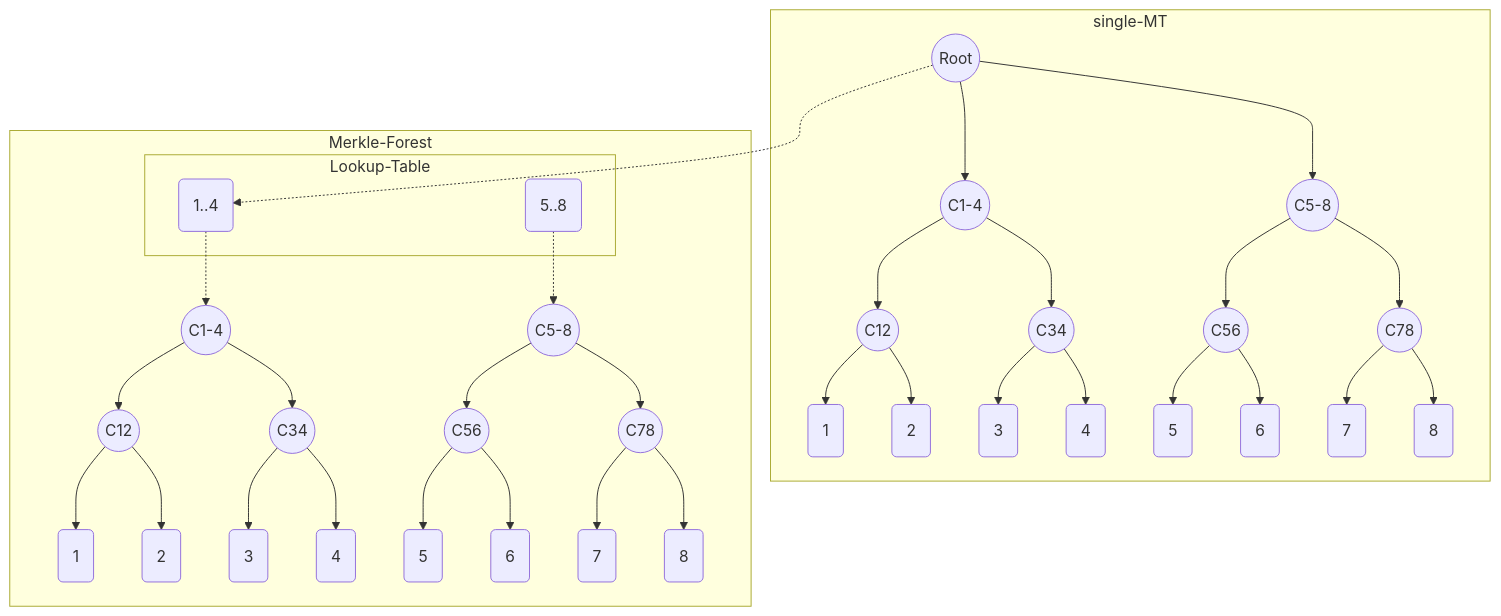
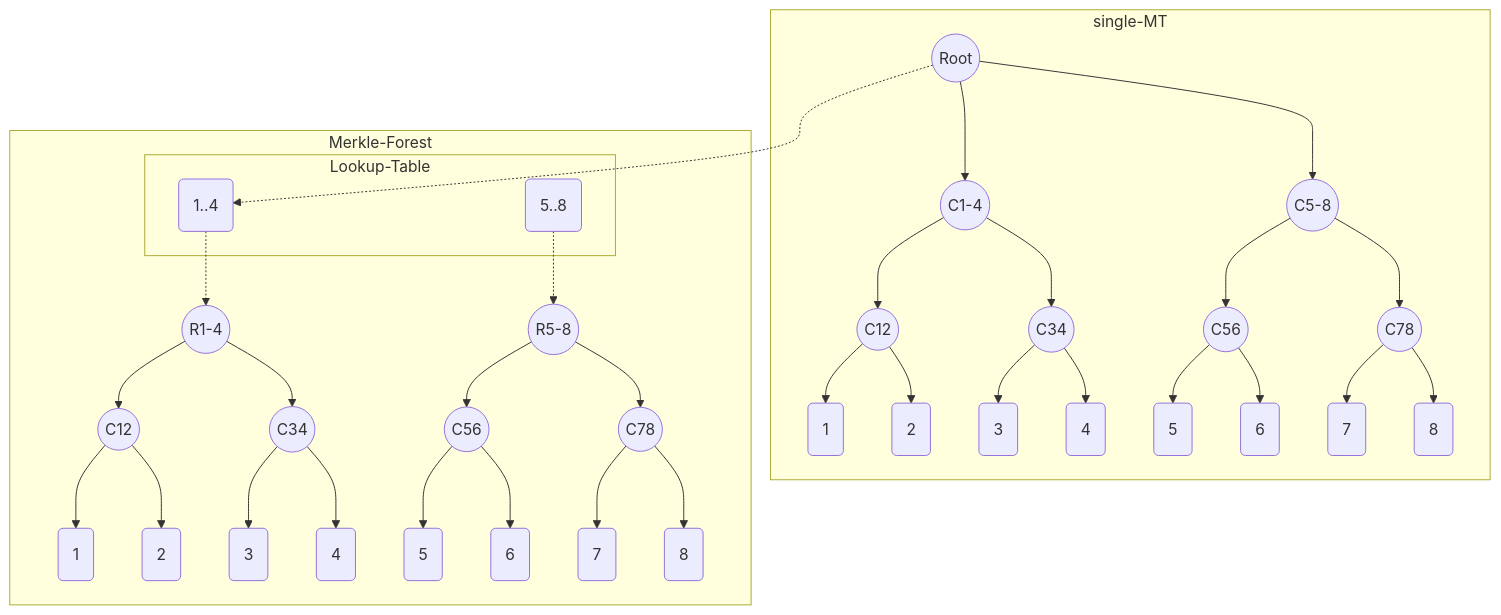
The diagram in README.md (Poseidon-ZKP/merkle-forest), drawn with Mermaid before and after one commit.

Commit message:
root for small mt

````diff
--- a/README.md
+++ b/README.md
@@ -29,30 +29,30 @@
 ```mermaid
     graph TD;
         subgraph single-MT
             R((Root))-->C1234 & C5678;
             C1234((C1-4)) --> C12((C12)) & C34((C34));
             C5678((C5-8)) --> C56((C56)) & C78((C78));
             C12-->L1(1) & L2(2)
             C34-->L3(3) & L4(4)
             C56-->L5(5) & L6(6)
             C78-->L7(7) & L8(8)
         end
 
         subgraph Merkle-Forest
             subgraph Lookup-Table
                 LT1(1..4)
                 LT5(5..8)
             end
             LT1 -.-> FC1234;
             LT5 -.-> FC5678;
-            FC1234((C1-4)) --> FC12((C12)) & FC34((C34));
-            FC5678((C5-8)) --> FC56((C56)) & FC78((C78));
+            FC1234((R1-4)) --> FC12((C12)) & FC34((C34));
+            FC5678((R5-8)) --> FC56((C56)) & FC78((C78));
             FC12-->FL1(1) & FL2(2)
             FC34-->FL3(3) & FL4(4)
             FC56-->FL5(5) & FL6(6)
             FC78-->FL7(7) & FL8(8)
         end
 
         R -.-> LT1
 
 ```
````
